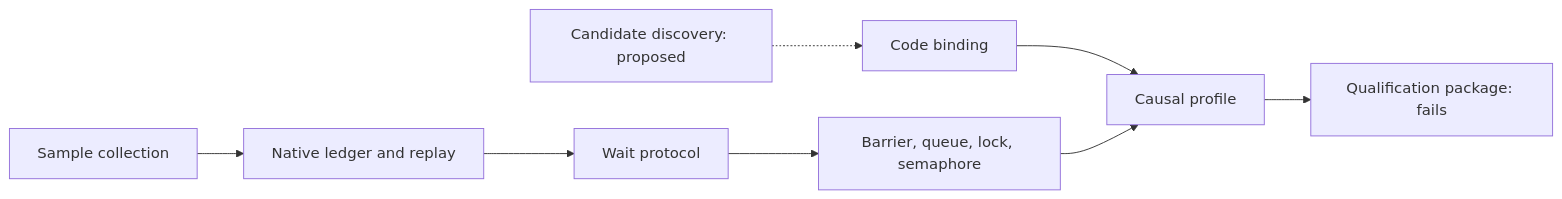
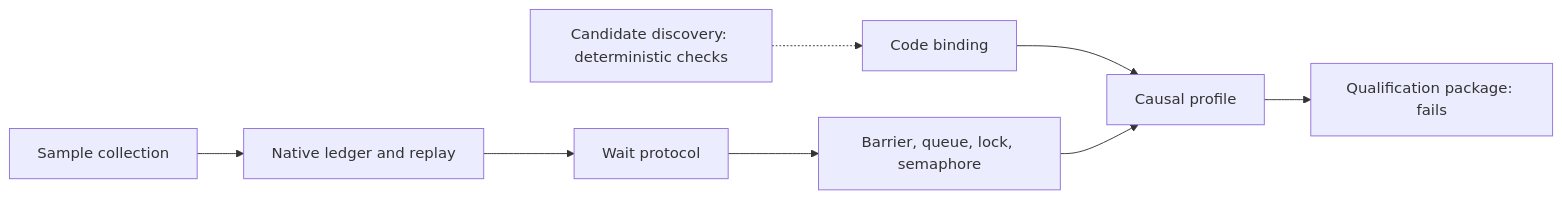
The diagram in lode/plans/roadmap.md (TheAngryByrd/CozNet), drawn with Mermaid before and after one commit. The commit also changed other lines of this file and 14 other files, not shown here.

First line of the commit message:
Add method-level candidate discovery with source anchors

````diff
--- a/lode/plans/roadmap.md
+++ b/lode/plans/roadmap.md
@@ -68,10 +68,10 @@
 ```mermaid
 flowchart LR
     Sampling[Sample collection] --> Ledger[Native ledger and replay]
     Ledger --> Wait[Wait protocol]
     Wait --> Primitives[Barrier, queue, lock, semaphore]
     Binding[Code binding] --> Profile[Causal profile]
     Primitives --> Profile
     Profile --> Package[Qualification package: fails]
-    Discovery[Candidate discovery: proposed] -.-> Binding
+    Discovery[Candidate discovery: deterministic checks] -.-> Binding
 ```
````
